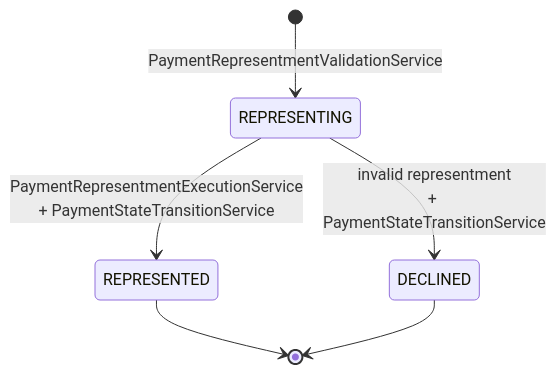
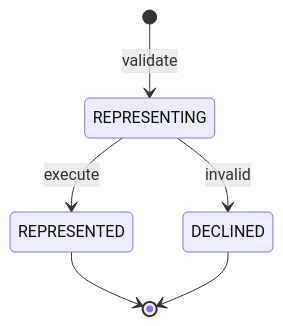
One commit to arunav-bhattacharya/billpay-docs changed the eighth of 11 diagrams in docs/diagrams/state-diagrams.md. Above: the diagram before and after it, drawn with Mermaid. The commit also changed other lines of this file and 4 other files, not shown here.

Commit message:
Enhance Mermaid diagram styling and configuration for JetBrains Mono font

````diff
--- a/docs/diagrams/state-diagrams.md
+++ b/docs/diagrams/state-diagrams.md
@@ -141,8 +188,8 @@
 ```mermaid
 stateDiagram-v2
-  [*] --> REPRESENTING: PaymentRepresentmentValidationService
-  REPRESENTING --> REPRESENTED: PaymentRepresentmentExecutionService<br/>+ PaymentStateTransitionService
-  REPRESENTING --> DECLINED: invalid representment<br/>+ PaymentStateTransitionService
+  [*] --> REPRESENTING: validate
+  REPRESENTING --> REPRESENTED: execute
+  REPRESENTING --> DECLINED: invalid
   REPRESENTED --> [*]
   DECLINED --> [*]
 ```
````
